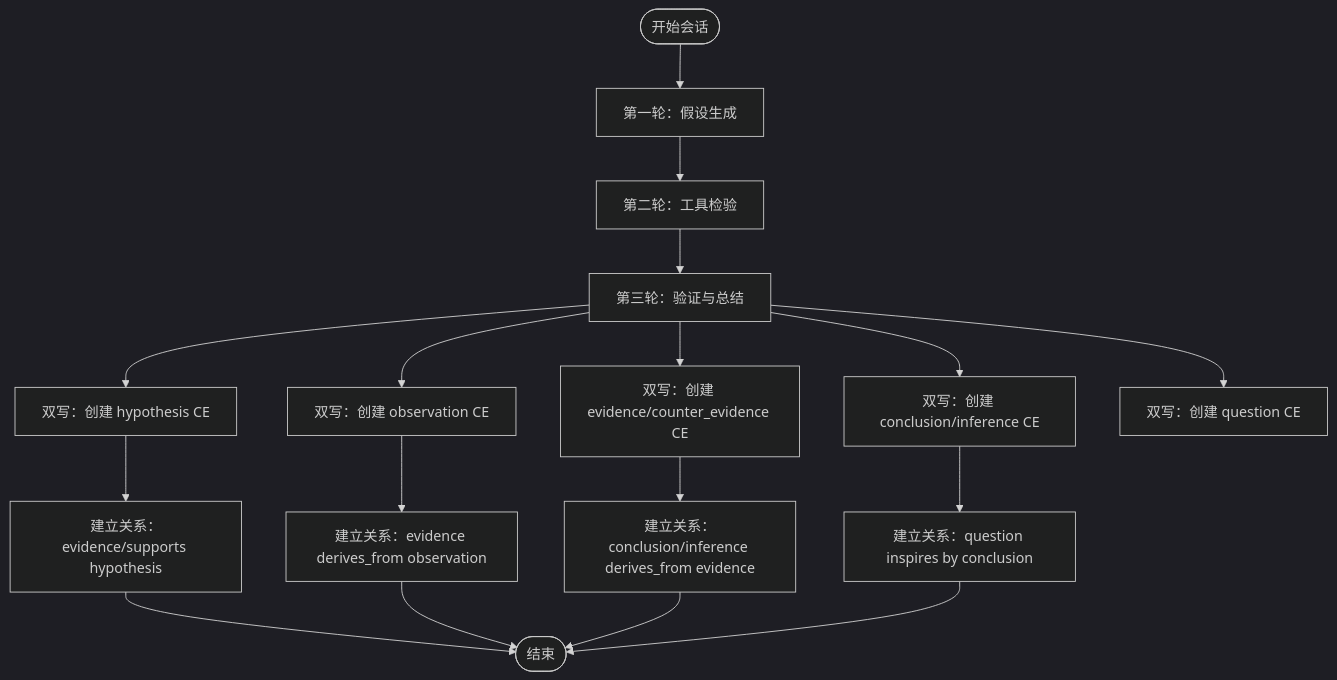
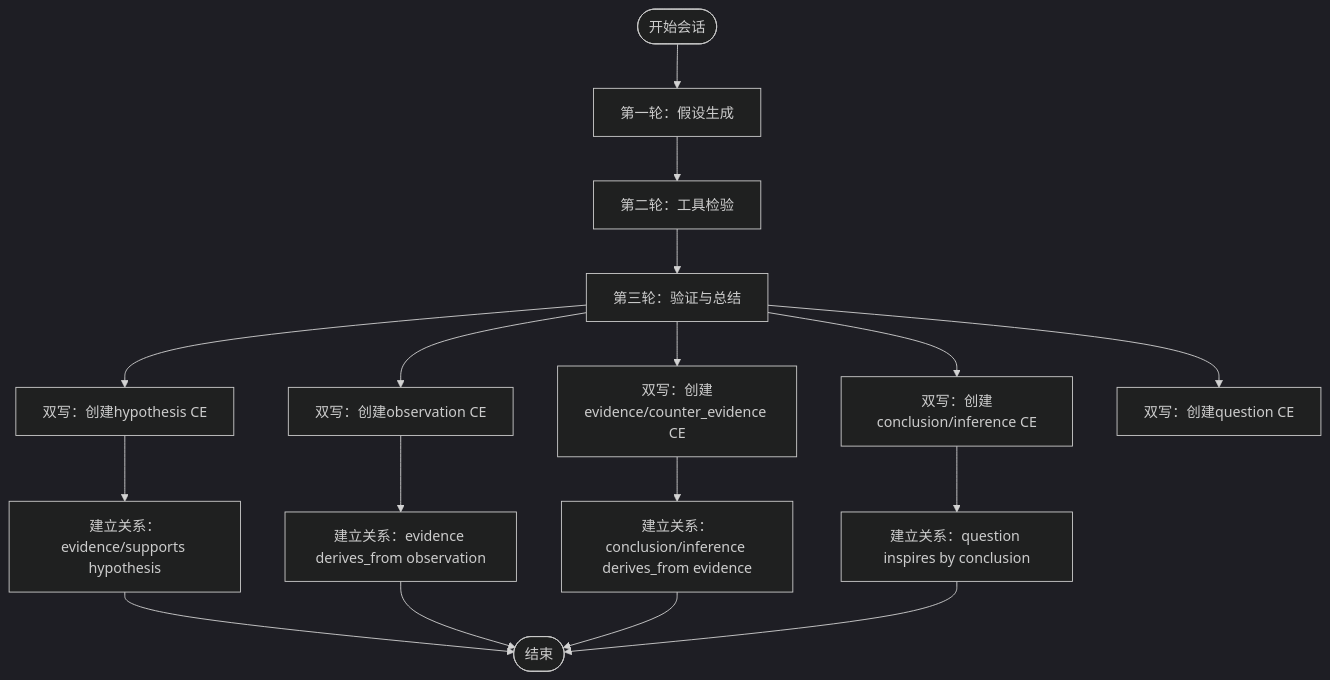
One commit to GDY-ai/AInstein changed the eighth of 11 diagrams in .qoder/repowiki/zh/content/系统架构/硅基大脑蓝图/硅基大脑蓝图.md. Above: the diagram before and after it, drawn with Mermaid (dark theme). The commit also changed other lines of this file and 90 other files, not shown here.

````diff
--- a/.qoder/repowiki/zh/content/系统架构/硅基大脑蓝图/硅基大脑蓝图.md
+++ b/.qoder/repowiki/zh/content/系统架构/硅基大脑蓝图/硅基大脑蓝图.md
@@ -330,19 +585,19 @@
 ```mermaid
 flowchart TD
 Start(["开始会话"]) --> R1["第一轮：假设生成"]
 R1 --> R2["第二轮：工具检验"]
 R2 --> R3["第三轮：验证与总结"]
-R3 --> DW1["双写：创建 hypothesis CE"]
-R3 --> DW2["双写：创建 observation CE"]
-R3 --> DW3["双写：创建 evidence/counter_evidence CE"]
-R3 --> DW4["双写：创建 conclusion/inference CE"]
-R3 --> DW5["双写：创建 question CE"]
+R3 --> DW1["双写：创建hypothesis CE"]
+R3 --> DW2["双写：创建observation CE"]
+R3 --> DW3["双写：创建evidence/counter_evidence CE"]
+R3 --> DW4["双写：创建conclusion/inference CE"]
+R3 --> DW5["双写：创建question CE"]
 DW1 --> Rel1["建立关系：evidence/supports hypothesis"]
 DW2 --> Rel2["建立关系：evidence derives_from observation"]
 DW3 --> Rel3["建立关系：conclusion/inference derives_from evidence"]
 DW4 --> Rel4["建立关系：question inspires by conclusion"]
 Rel1 --> End(["结束"])
 Rel2 --> End
 Rel3 --> End
 Rel4 --> End
 ```
````
